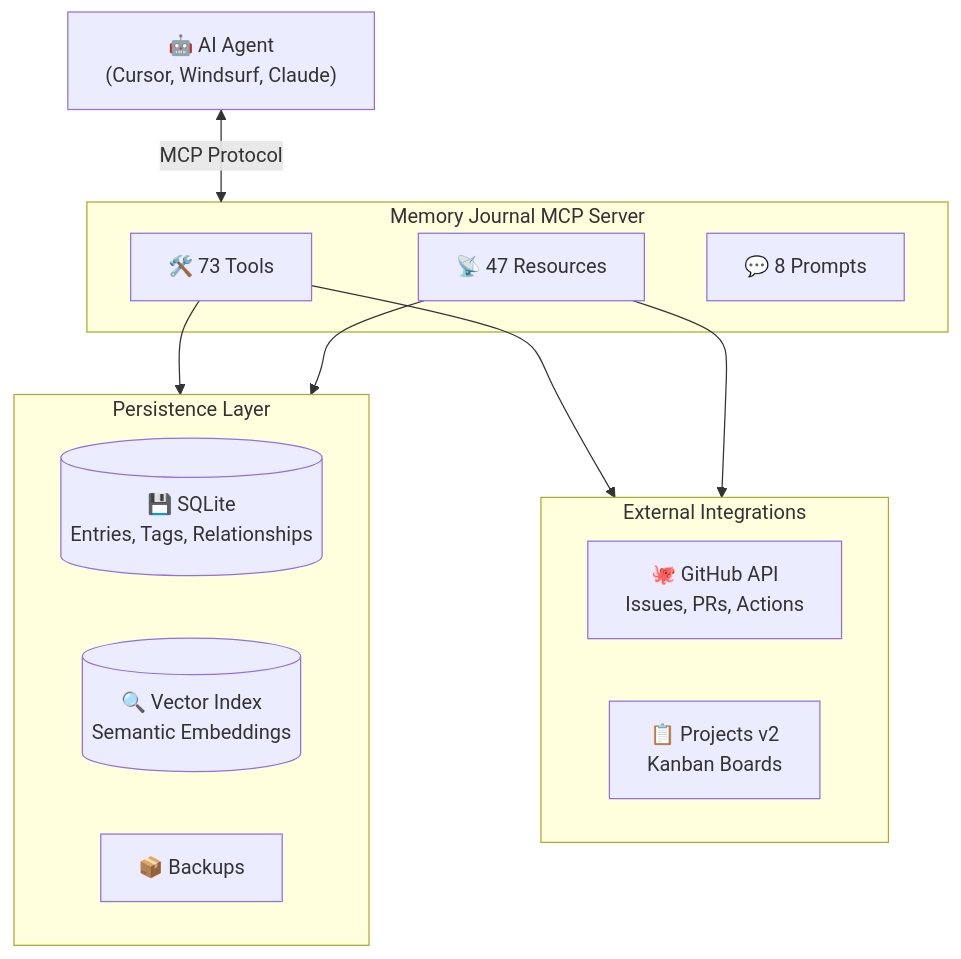
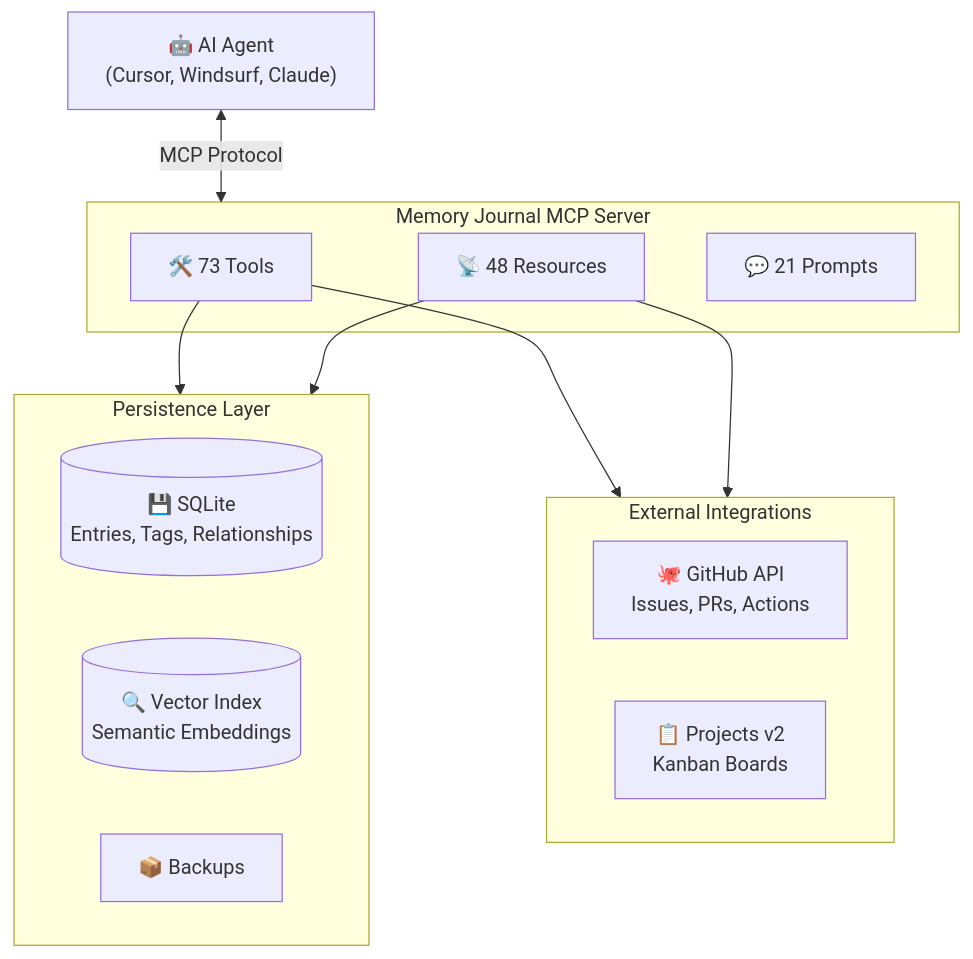
Before and after one commit to neverinfamous/memory-journal-mcp: the second of 2 diagrams in README.md, drawn with Mermaid. The commit also changed other lines of this file and 1 other file, not shown here.

````diff
--- a/README.md
+++ b/README.md
@@ -831,27 +840,27 @@
 ```mermaid
 flowchart TB
     AI["🤖 AI Agent<br/>(Cursor, Windsurf, Claude)"]
 
     subgraph MCP["Memory Journal MCP Server"]
         Tools["🛠️ 73 Tools"]
-        Resources["📡 47 Resources"]
-        Prompts["💬 8 Prompts"]
+        Resources["📡 48 Resources"]
+        Prompts["💬 21 Prompts"]
     end
 
     subgraph Storage["Persistence Layer"]
         SQLite[("💾 SQLite<br/>Entries, Tags, Relationships")]
         Vector[("🔍 Vector Index<br/>Semantic Embeddings")]
         Backups["📦 Backups"]
     end
 
     subgraph External["External Integrations"]
         GitHub["🐙 GitHub API<br/>Issues, PRs, Actions"]
         Kanban["📋 Projects v2<br/>Kanban Boards"]
     end
 
     AI <-->|"MCP Protocol"| MCP
     Tools --> Storage
     Tools --> External
     Resources --> Storage
     Resources --> External
 ```
````
